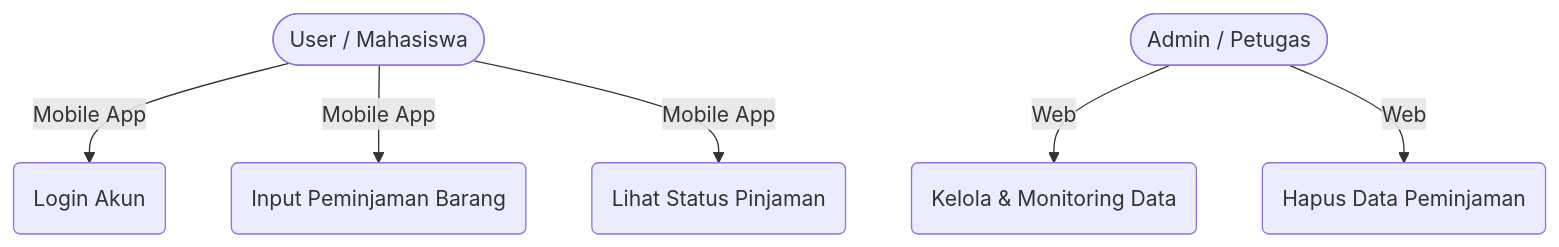
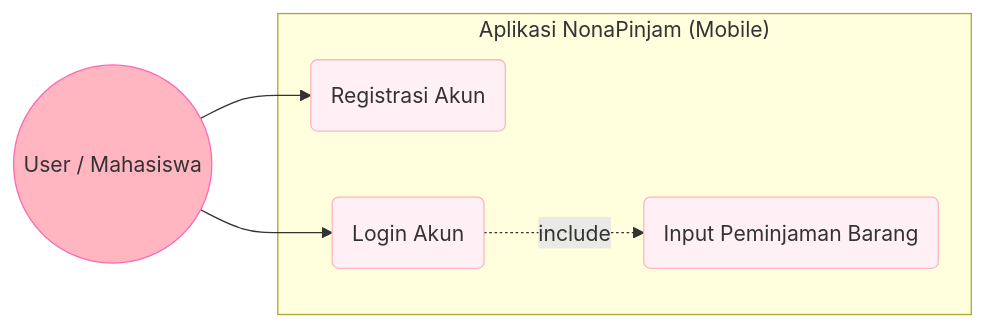
The diagram in README.md (zebinurlestari/NonaPinjam-app), drawn with Mermaid before and after one commit.

````diff
--- a/README.md
+++ b/README.md
@@ -21,12 +21,20 @@
 ```mermaid
-graph TD
-    User([User / Mahasiswa])
-    Admin([Admin / Petugas])
+graph LR
+    User((User / Mahasiswa))
     
-    User -->|Mobile App| Login(Login Akun)
-    User -->|Mobile App| Pinjam(Input Peminjaman Barang)
-    User -->|Mobile App| Lihat(Lihat Status Pinjaman)
+    subgraph "Aplikasi NonaPinjam (Mobile)"
+    UC1(Registrasi Akun)
+    UC2(Login Akun)
+    UC3(Input Peminjaman Barang)
     
-    Admin -->|Web| KelolaData(Kelola & Monitoring Data)
-    Admin -->|Web| HapusData(Hapus Data Peminjaman)
+    UC2 -.-> |include| UC3
+    end
+    
+    User --> UC1
+    User --> UC2
+    
+    style User fill:#FFB6C1,stroke:#FF69B4
+    style UC1 fill:#FFF0F5,stroke:#FFB6C1
+    style UC2 fill:#FFF0F5,stroke:#FFB6C1
+    style UC3 fill:#FFF0F5,stroke:#FFB6C1
 ```
````
